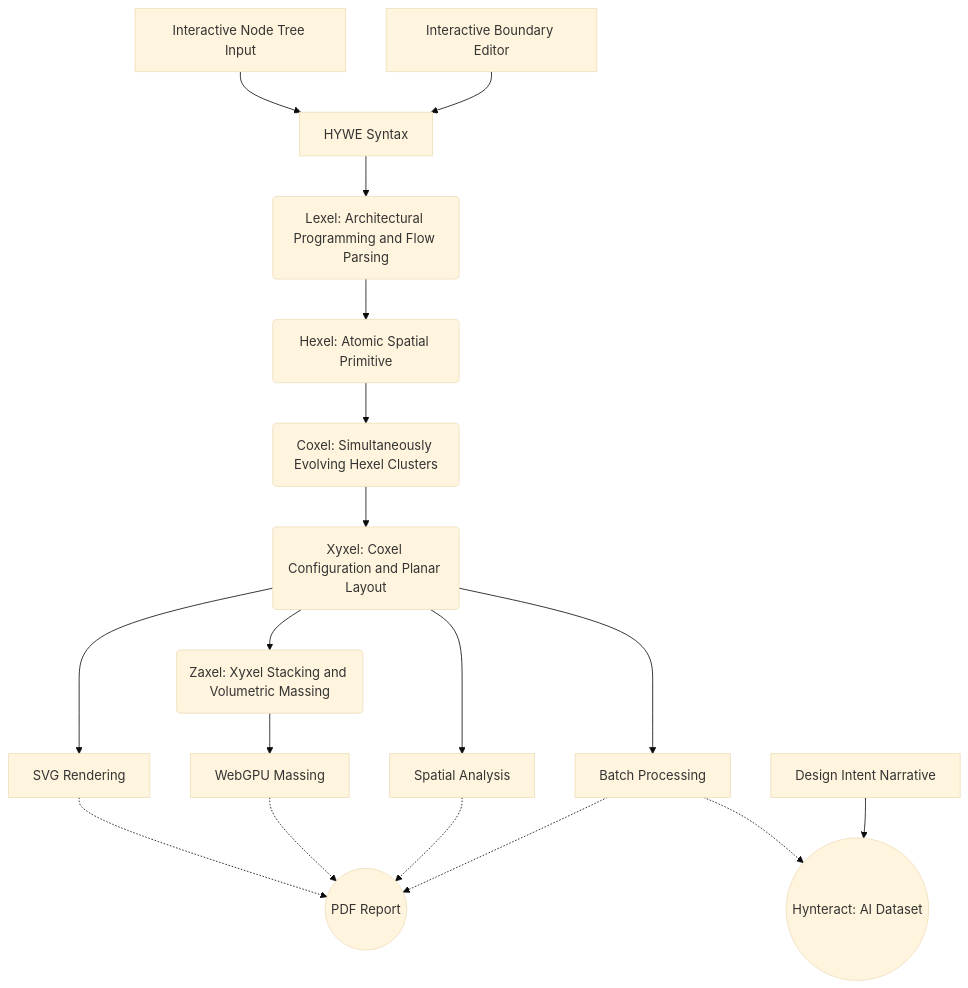
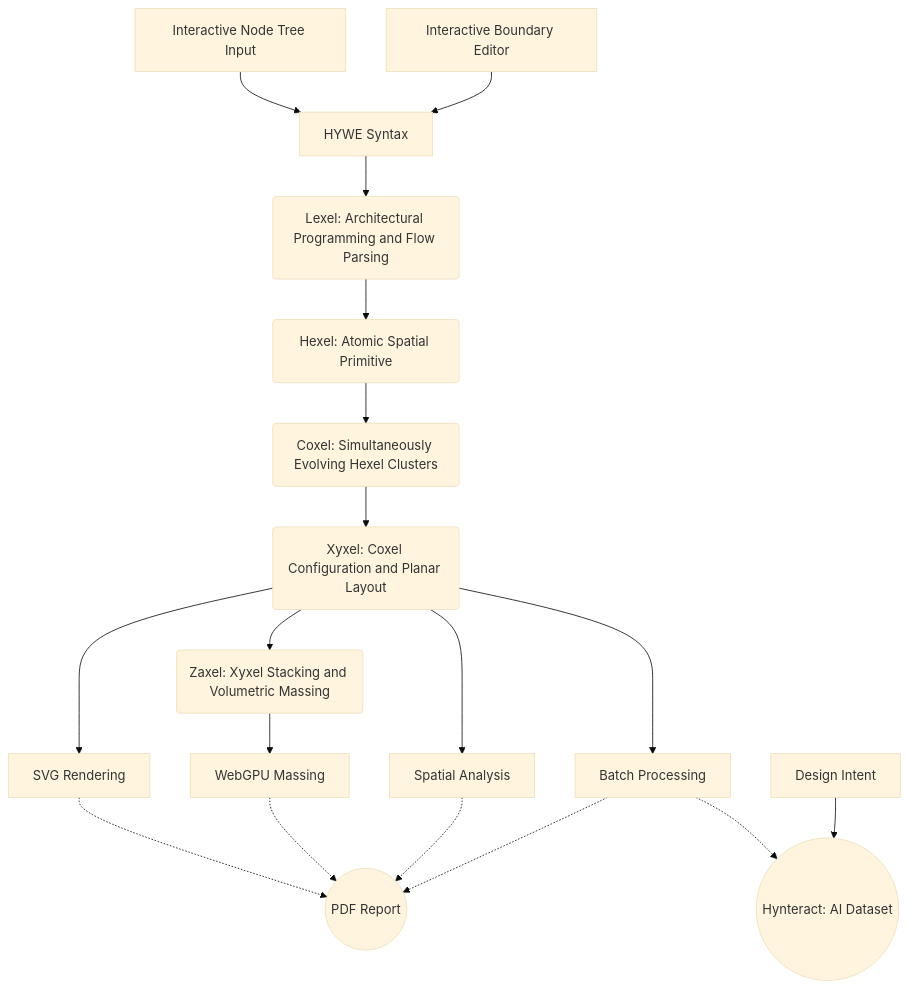
The diagram in README.md (vykrum/Hywe), drawn with Mermaid (base theme) before and after one commit. The commit also changed other lines of this file and 4 other files, not shown here.

````diff
--- a/README.md
+++ b/README.md
@@ -80,24 +80,24 @@
 ```mermaid
 graph TD
     A1[Interactive Node Tree Input] --> B[HYWE Syntax]
     A2[Interactive Boundary Editor] --> B[HYWE Syntax]
     B --> C(Lexel: Architectural Programming and Flow Parsing)
     C --> D(Hexel: Atomic Spatial Primitive)
     D --> E(Coxel: Simultaneously Evolving Hexel Clusters)
     E --> F(Xyxel: Coxel Configuration and Planar Layout)
     F --> G(Zaxel: Xyxel Stacking and Volumetric Massing)
     
     F --> F1[SVG Rendering]
     G --> G1[WebGPU Massing]
     
     F --> H[Spatial Analysis]
     F --> I[Batch Processing]
     
     F1 -.-> ReportLabel((PDF Report))
     G1 -.-> ReportLabel
     H -.-> ReportLabel
     I -.-> ReportLabel
     
     I -.-> DatasetLabel((Hynteract: AI Dataset))
-    DesignIntent[Design Intent Narrative] --> DatasetLabel
+    DesignIntent[Design Intent] --> DatasetLabel
 ```
````
